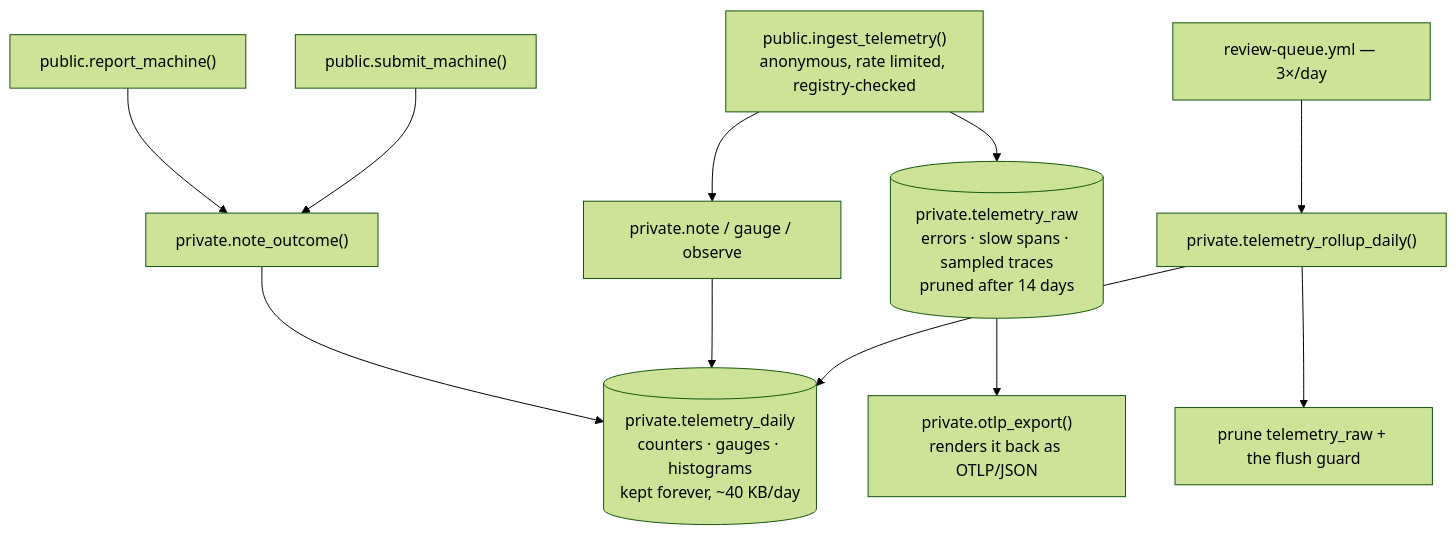
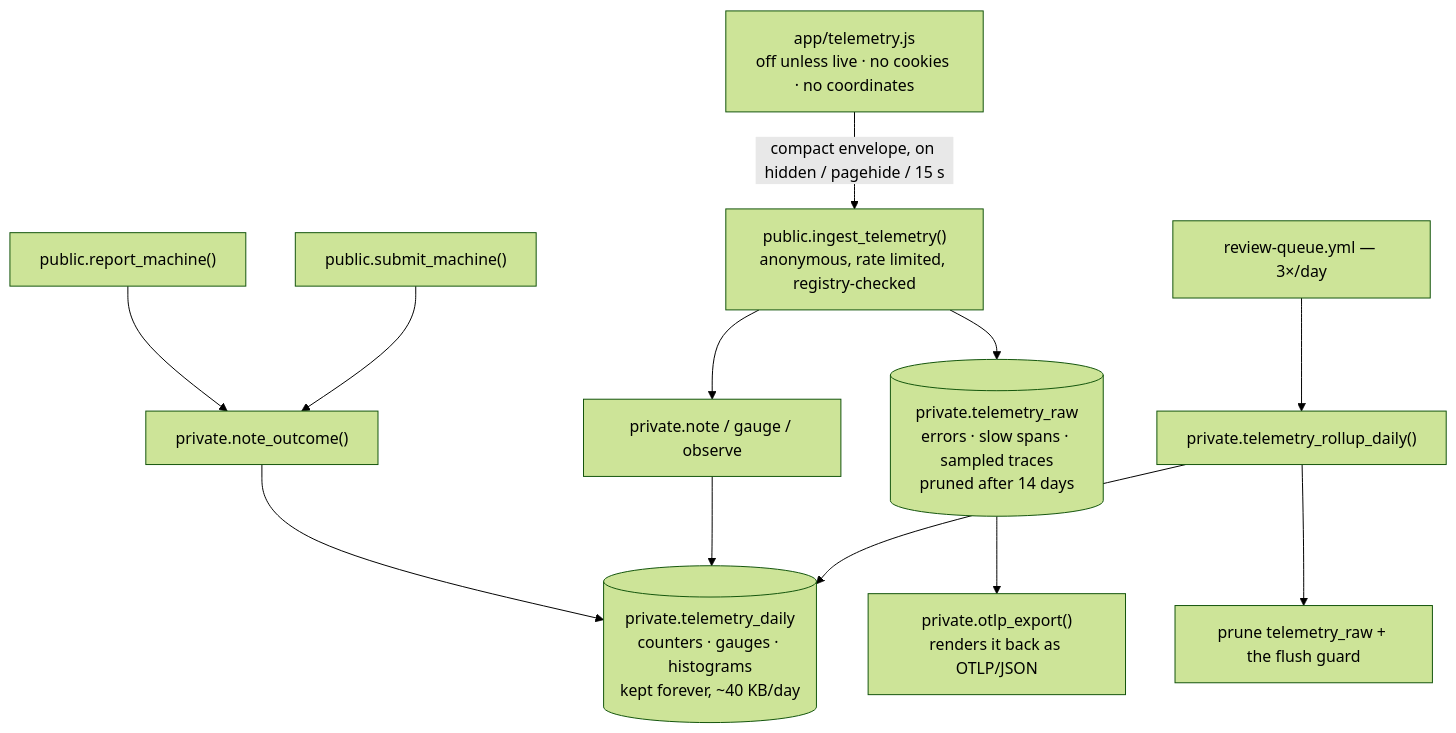
One commit to isabelhdias/voltacheck changed the eighth of 8 diagrams in docs/diagrams.md. Above: the diagram before and after it, drawn with Mermaid (forest theme). The commit also changed other lines of this file and 15 other files, not shown here.

````diff
--- a/docs/diagrams.md
+++ b/docs/diagrams.md
@@ -210,13 +221,15 @@
 ```mermaid
 flowchart TD
+  app["app/telemetry.js<br/>off unless live · no cookies · no coordinates"]
+  app -->|"compact envelope, on hidden / pagehide / 15 s"| ing
   rep["public.report_machine()"] --> note["private.note_outcome()"]
   sub["public.submit_machine()"] --> note
   ing["public.ingest_telemetry()<br/>anonymous, rate limited, registry-checked"] --> note2["private.note / gauge / observe"]
   note --> daily[("private.telemetry_daily<br/>counters · gauges · histograms<br/>kept forever, ~40 KB/day")]
   note2 --> daily
   ing --> raw[("private.telemetry_raw<br/>errors · slow spans · sampled traces<br/>pruned after 14 days")]
   cron["review-queue.yml — 3×/day"] --> roll["private.telemetry_rollup_daily()"]
   roll --> daily
   roll --> prune["prune telemetry_raw + the flush guard"]
   raw --> otlp["private.otlp_export()<br/>renders it back as OTLP/JSON"]
 ```
````
